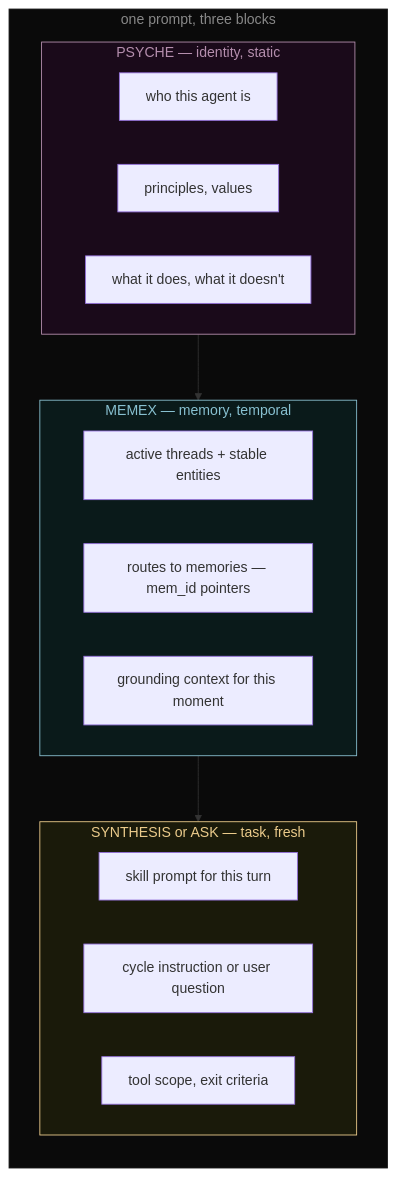
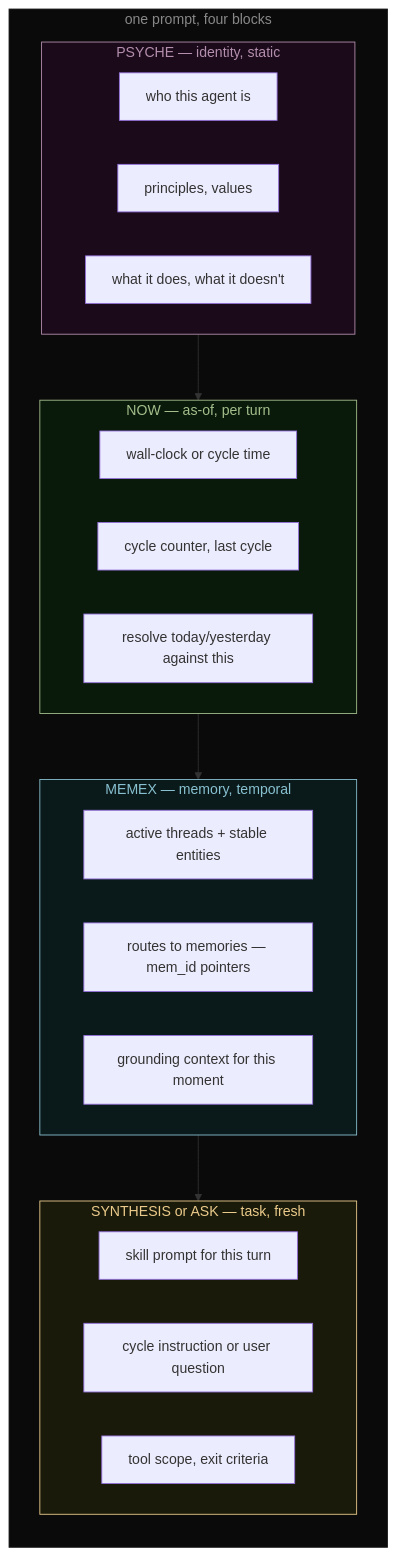
The third of 4 diagrams in docs/MEMEX_UPDATE_2.md (saxenauts/syke), drawn with Mermaid before and after one commit. The commit also changed other lines of this file, not shown here.

Commit message:
Sync prompt-envelope doc to four-block runtime
- Three-block prose, code block, and Mermaid label updated to four
  (psyche / now / memex / synthesis), matching syke/runtime/psyche_md.py.
- Added NOW subgraph + chain to the prompt-envelope diagram.
- Added one-paragraph callout on the <now> anti-drift directive
  (ignore host date, mtimes, system clock).
- Sandbox Mermaid: replaced ~/.aws<br/>~/.azure with comma-separated
  paths so GitHub stops tripping the strikethrough parser.

````diff
--- a/docs/MEMEX_UPDATE_2.md
+++ b/docs/MEMEX_UPDATE_2.md
@@ -106,31 +107,38 @@
 ```mermaid
 flowchart TB
-  subgraph ENV["one prompt, three blocks"]
+  subgraph ENV["one prompt, four blocks"]
     direction TB
 
     subgraph PSYCHE["PSYCHE — identity, static"]
       P1["who this agent is"]
       P2["principles, values"]
       P3["what it does, what it doesn't"]
+    end
+
+    subgraph NOW["NOW — as-of, per turn"]
+      N1["wall-clock or cycle time"]
+      N2["cycle counter, last cycle"]
+      N3["resolve today/yesterday against this"]
     end
 
     subgraph MEMEX["MEMEX — memory, temporal"]
       M1["active threads + stable entities"]
       M2["routes to memories — mem_id pointers"]
       M3["grounding context for this moment"]
     end
 
     subgraph SYNTH["SYNTHESIS or ASK — task, fresh"]
       S1["skill prompt for this turn"]
       S2["cycle instruction or user question"]
       S3["tool scope, exit criteria"]
     end
 
-    PSYCHE --> MEMEX --> SYNTH
+    PSYCHE --> NOW --> MEMEX --> SYNTH
   end
 
   style ENV fill:#0a0a0a,stroke:#1a1a1a,color:#888
   style PSYCHE fill:#1a0a1a,stroke:#b48ead,color:#b48ead
+  style NOW fill:#0a1a0a,stroke:#a3be8c,color:#a3be8c
   style MEMEX fill:#0a1a1a,stroke:#88c0d0,color:#88c0d0
   style SYNTH fill:#1a1a0a,stroke:#ebcb8b,color:#ebcb8b
 ```
````
